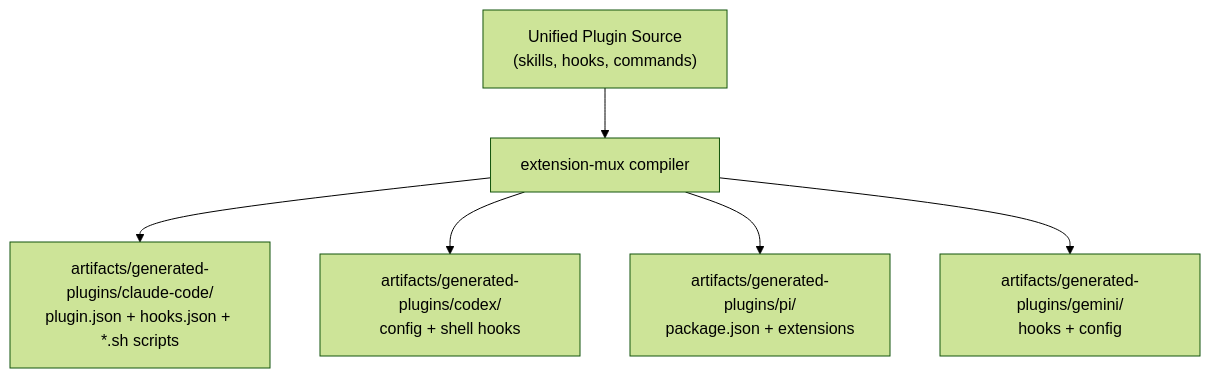
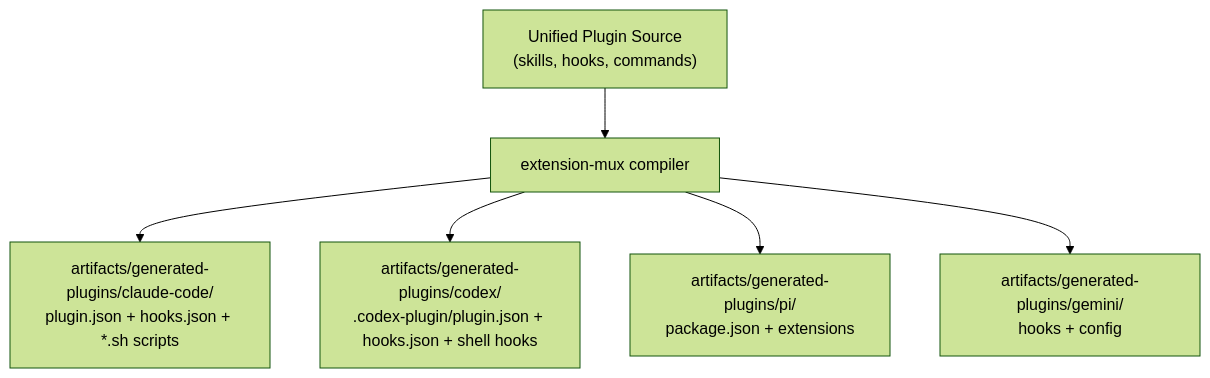
The fifth of 16 diagrams in docs/development/03-babysitter-plugin-flows.md (a5c-ai/babysitter), drawn with Mermaid (forest theme) before and after one commit. The commit also changed other lines of this file and 4 other files, not shown here.

First line of the commit message:
fix: update stale codex plugin paths and docs for new plugin system

````diff
--- a/docs/development/03-babysitter-plugin-flows.md
+++ b/docs/development/03-babysitter-plugin-flows.md
@@ -162,9 +162,9 @@
 ```mermaid
 graph TB
     UPF["Unified Plugin Source<br/>(skills, hooks, commands)"] --> COMPILER["extension-mux compiler"]
 
     COMPILER --> CC_OUT["artifacts/generated-plugins/claude-code/<br/>plugin.json + hooks.json + *.sh scripts"]
-    COMPILER --> CX_OUT["artifacts/generated-plugins/codex/<br/>config + shell hooks"]
+    COMPILER --> CX_OUT["artifacts/generated-plugins/codex/<br/>.codex-plugin/plugin.json + hooks.json + shell hooks"]
     COMPILER --> PI_OUT["artifacts/generated-plugins/pi/<br/>package.json + extensions"]
     COMPILER --> GC_OUT["artifacts/generated-plugins/gemini/<br/>hooks + config"]
 ```
````
